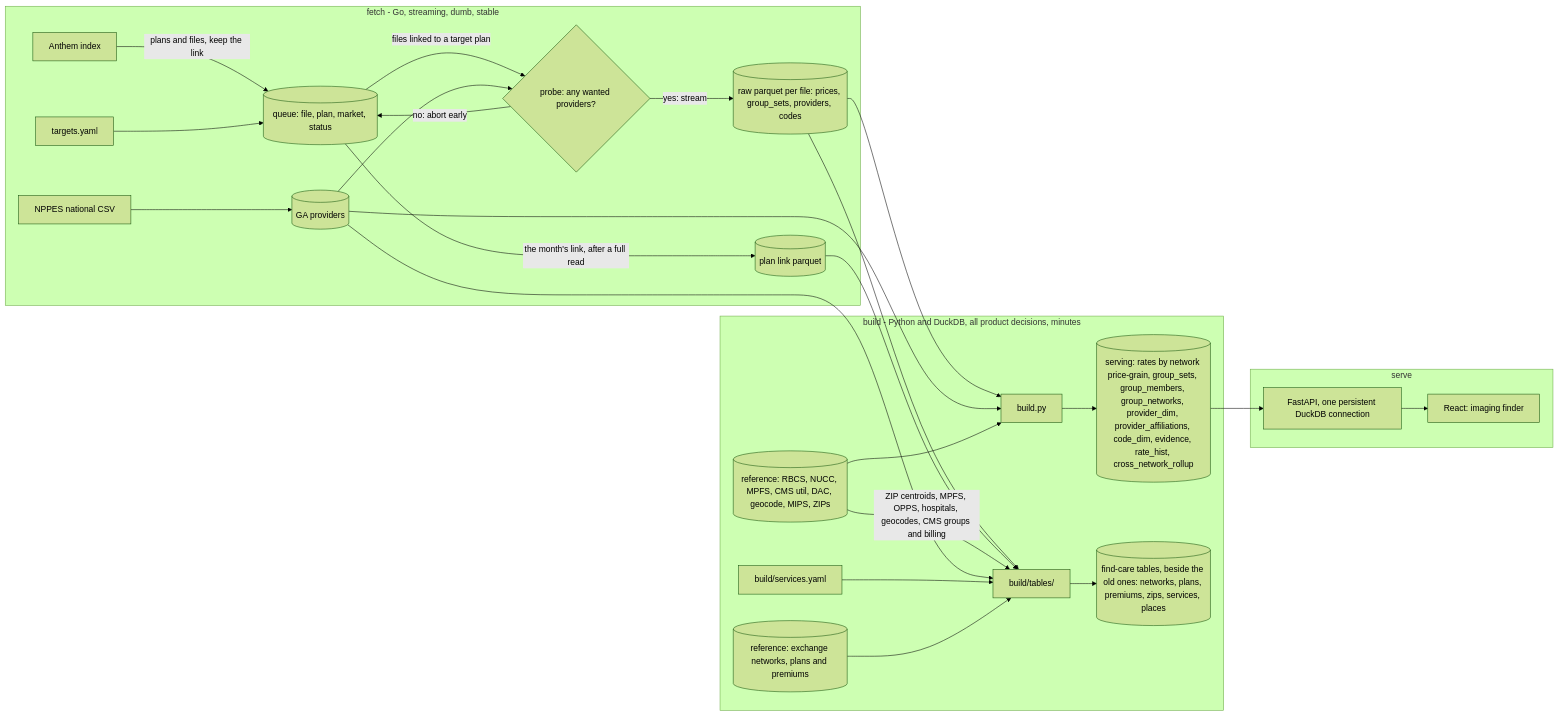
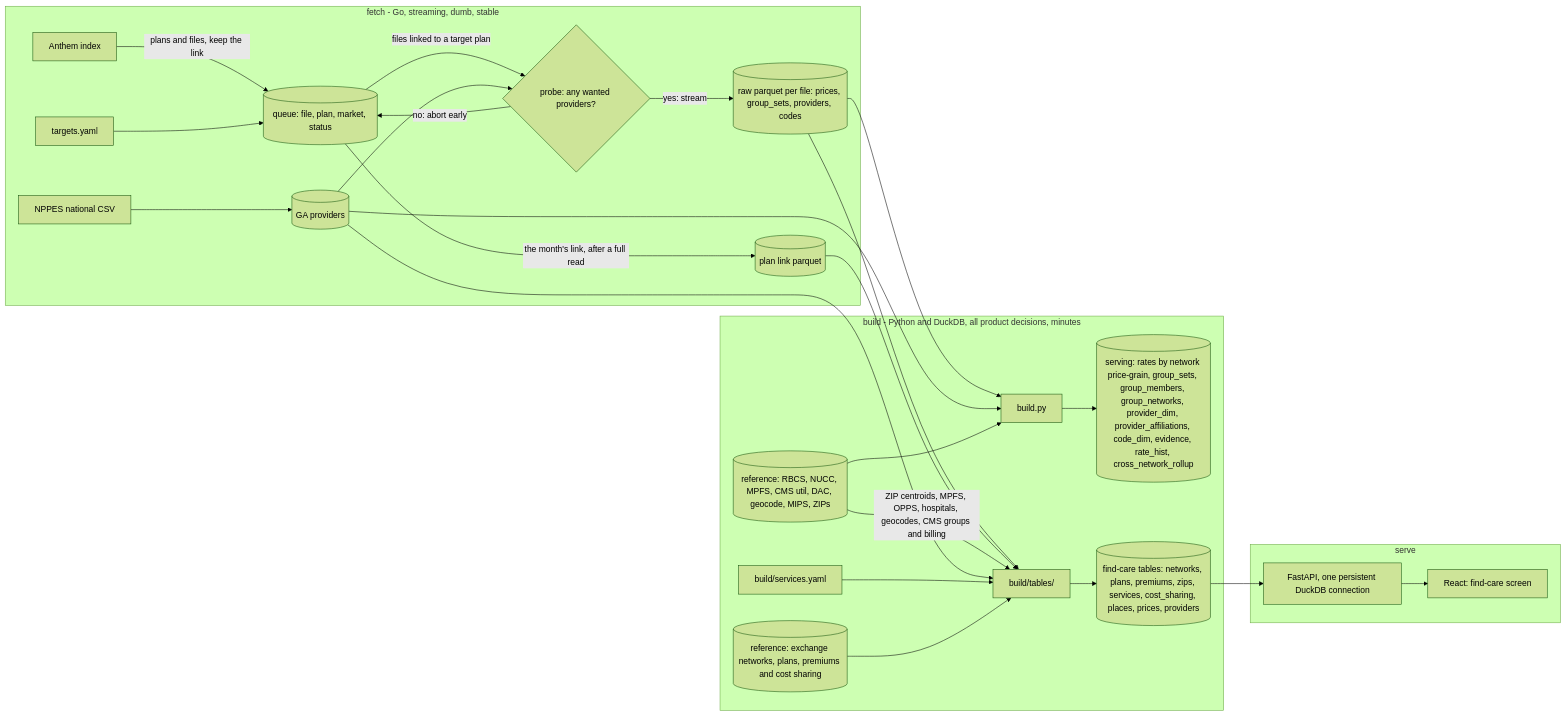
Before and after one commit to wmespi/honest-healthcare: the first of 3 diagrams in docs/architecture.md, drawn with Mermaid (forest theme). The commit also changed other lines of this file and 61 other files, not shown here.

Commit message:
refactor: remove the imaging page, the mock and their routes; every address opens /find-care (#135) (#166)

````diff
--- a/docs/architecture.md
+++ b/docs/architecture.md
@@ -33,30 +33,30 @@
 ```mermaid
 flowchart LR
   subgraph fetch [fetch - Go, streaming, dumb, stable]
     IDX[Anthem index] -->|"plans and files, keep the link"| Q[(queue: file, plan, market, status)]
     Q -->|"the month's link, after a full read"| LINK[(plan link parquet)]
     TGT[targets.yaml] --> Q
     Q -->|"files linked to a target plan"| PROBE{"probe: any wanted providers?"}
     PROBE -->|"no: abort early"| Q
     PROBE -->|"yes: stream"| RAW[(raw parquet per file: prices, group_sets, providers, codes)]
     NPPES[NPPES national CSV] --> GA[(GA providers)]
     GA --> PROBE
   end
   subgraph build [build - Python and DuckDB, all product decisions, minutes]
     RAW --> B[build.py]
     GA --> B
     REF[(reference: RBCS, NUCC, MPFS, CMS util, DAC, geocode, MIPS, ZIPs)] --> B
     B --> SRV[(serving: rates by network price-grain, group_sets, group_members, group_networks, provider_dim, provider_affiliations, code_dim, evidence, rate_hist, cross_network_rollup)]
     RAW --> FC["build/tables/"]
     LINK --> FC
     REF -->|"ZIP centroids, MPFS, OPPS, hospitals, geocodes, CMS groups and billing"| FC
     GA --> FC
     SVC[build/services.yaml] --> FC
-    XNET[(reference: exchange networks, plans and premiums)] --> FC
-    FC --> FCT[("find-care tables, beside the old ones: networks, plans, premiums, zips, services, places")]
+    XNET[(reference: exchange networks, plans, premiums and cost sharing)] --> FC
+    FC --> FCT[("find-care tables: networks, plans, premiums, zips, services, cost_sharing, places, prices, providers")]
   end
   subgraph serve [serve]
-    SRV --> API[FastAPI, one persistent DuckDB connection]
-    API --> WEB[React: imaging finder]
+    FCT --> API[FastAPI, one persistent DuckDB connection]
+    API --> WEB[React: find-care screen]
   end
 ```
````
